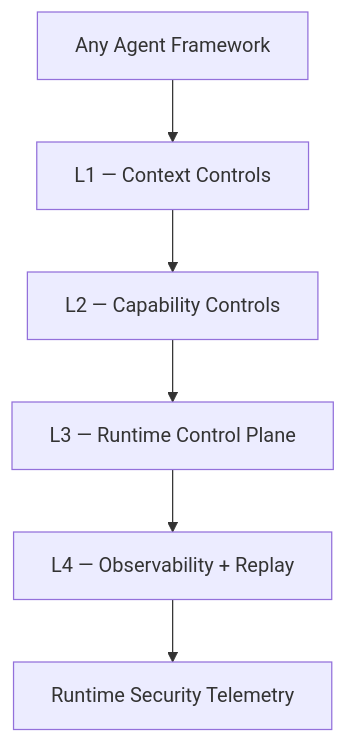
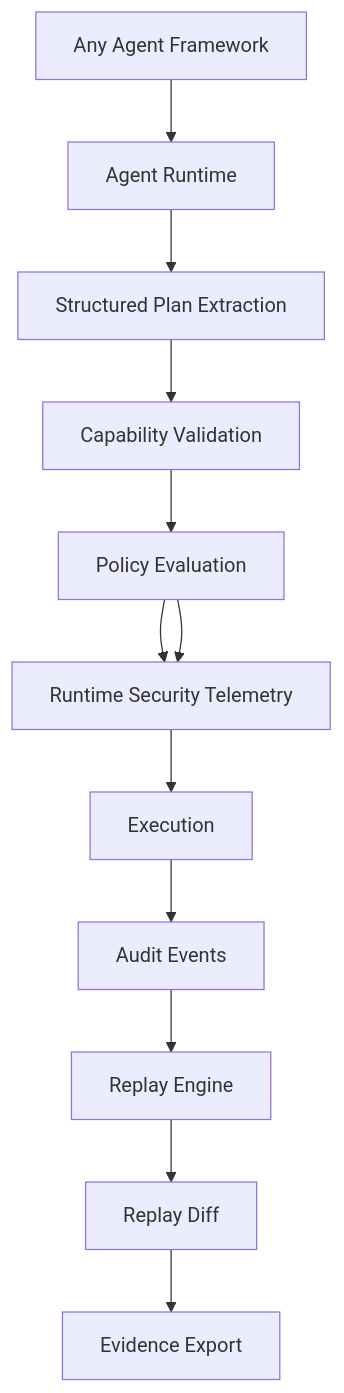
The first of 4 diagrams in src/content/architecture.md (viplavfauzdar/aisecops-site), drawn with Mermaid before and after one commit. The commit also changed other lines of this file and 13 other files, not shown here.

````diff
--- a/src/content/architecture.md
+++ b/src/content/architecture.md
@@ -30,12 +30,18 @@
 ```mermaid
 flowchart TD
 
 A[Any Agent Framework]
 
-A --> B[L1 — Context Controls]
-B --> C[L2 — Capability Controls]
-C --> D[L3 — Runtime Control Plane]
-D --> E[L4 — Observability + Replay]
+A --> B[Agent Runtime]
+B --> C[Structured Plan Extraction]
+C --> D[Capability Validation]
+D --> E[Policy Evaluation]
+E --> F[Runtime Controls]
+F --> G[Execution]
+G --> H[Audit Events]
+H --> I[Replay Engine]
+I --> J[Replay Diff]
+J --> K[Evidence Export]
 
 E --> F[Runtime Security Telemetry]
 ```
````
